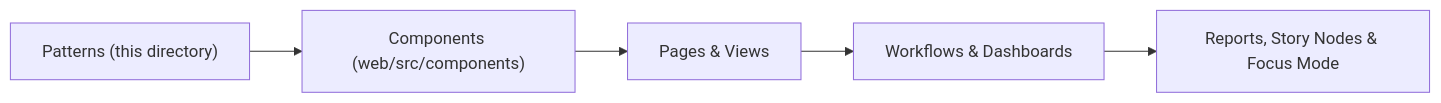
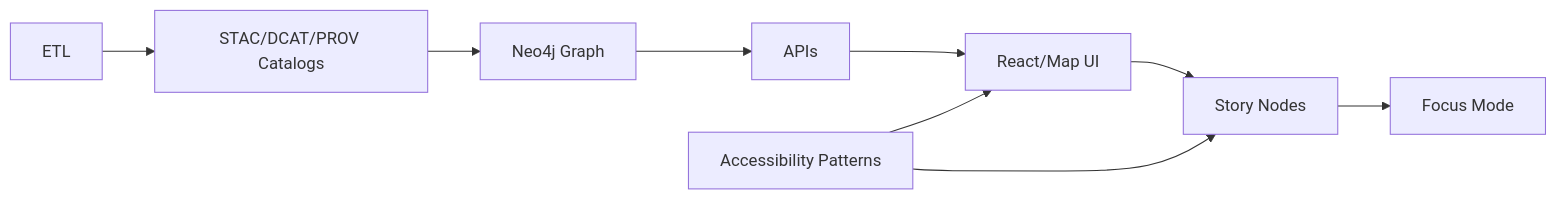
Before and after one commit to bartytime4life/Kansas-Frontier-Matrix: the first of 2 diagrams in docs/accessibility/patterns/README.md, drawn with Mermaid. The commit also changed other lines of this file, not shown here.

```diff
--- a/docs/accessibility/patterns/README.md
+++ b/docs/accessibility/patterns/README.md
@@ -248,13 +163,12 @@
 ~~~mermaid
 flowchart LR
-  A["Patterns (this directory)"]
-  B["Components (web/src/components)"]
-  C["Pages & Views"]
-  D["Workflows & Dashboards"]
-  E["Reports, Story Nodes & Focus Mode"]
+  A[ETL] --> B[STAC/DCAT/PROV Catalogs]
+  B --> C[Neo4j Graph]
+  C --> D[APIs]
+  D --> E[React/Map UI]
+  E --> F[Story Nodes]
+  F --> G[Focus Mode]
 
-  A --> B
-  B --> C
-  C --> D
-  D --> E
+  P[Accessibility Patterns] --> E
+  P --> F
 ~~~
```
